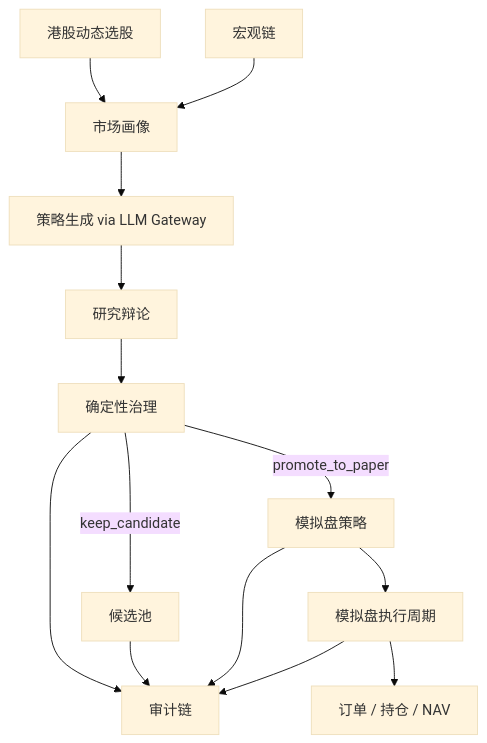
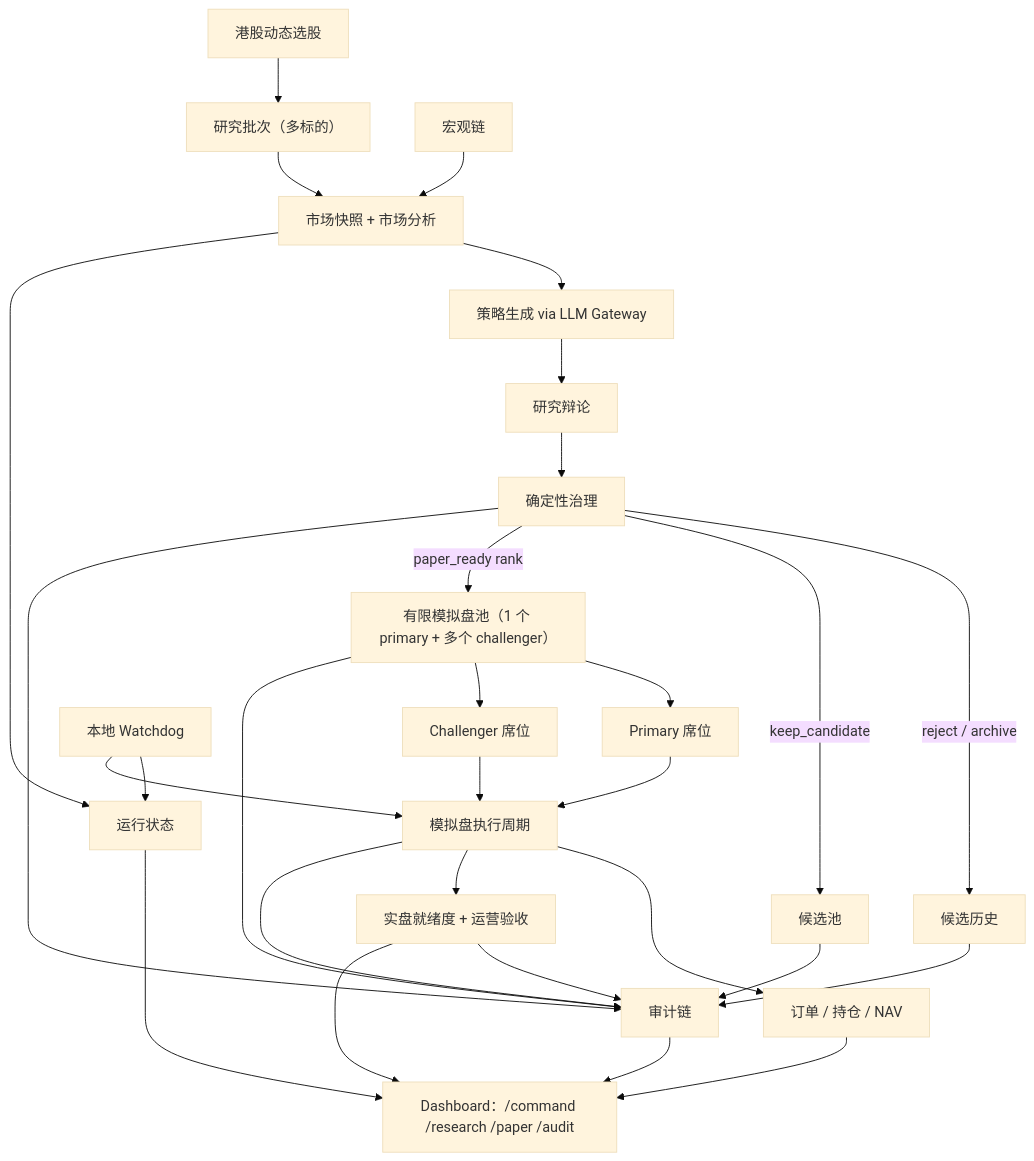
Before and after one commit to nullwuwu/openhamster: the diagram in README.zh-CN.md, drawn with Mermaid (base theme).

Commit message:
docs: sync chinese readme flowchart

````diff
--- a/README.zh-CN.md
+++ b/README.zh-CN.md
@@ -60,16 +60,37 @@
 ```mermaid
 flowchart TD
-    A["港股动态选股"] --> B["市场画像"]
-    M["宏观链"] --> B
-    B --> C["策略生成 via LLM Gateway"]
-    C --> D["研究辩论"]
-    D --> E["确定性治理"]
-    E -->|"keep_candidate"| F["候选池"]
-    E -->|"promote_to_paper"| G["模拟盘策略"]
-    G --> H["模拟盘执行周期"]
-    H --> I["订单 / 持仓 / NAV"]
-    E --> J["审计链"]
-    F --> J
-    G --> J
-    H --> J
+    A["港股动态选股"] --> B["研究批次（多标的）"]
+    M["宏观链"] --> C["市场快照 + 市场分析"]
+    B --> C
+
+    C --> D["策略生成 via LLM Gateway"]
+    D --> E["研究辩论"]
+    E --> F["确定性治理"]
+
+    F -->|"reject / archive"| G["候选历史"]
+    F -->|"keep_candidate"| H["候选池"]
+    F -->|"paper_ready rank"| I["有限模拟盘池（1 个 primary + 多个 challenger）"]
+
+    I --> J["Primary 席位"]
+    I --> K["Challenger 席位"]
+    J --> L["模拟盘执行周期"]
+    K --> L
+    L --> M1["订单 / 持仓 / NAV"]
+
+    C --> N["运行状态"]
+    L --> O["实盘就绪度 + 运营验收"]
+    P["本地 Watchdog"] --> N
+    P --> L
+
+    F --> Q["审计链"]
+    G --> Q
+    H --> Q
+    I --> Q
+    L --> Q
+    O --> Q
+
+    N --> R["Dashboard：/command /research /paper /audit"]
+    M1 --> R
+    O --> R
+    Q --> R
 ```
````
